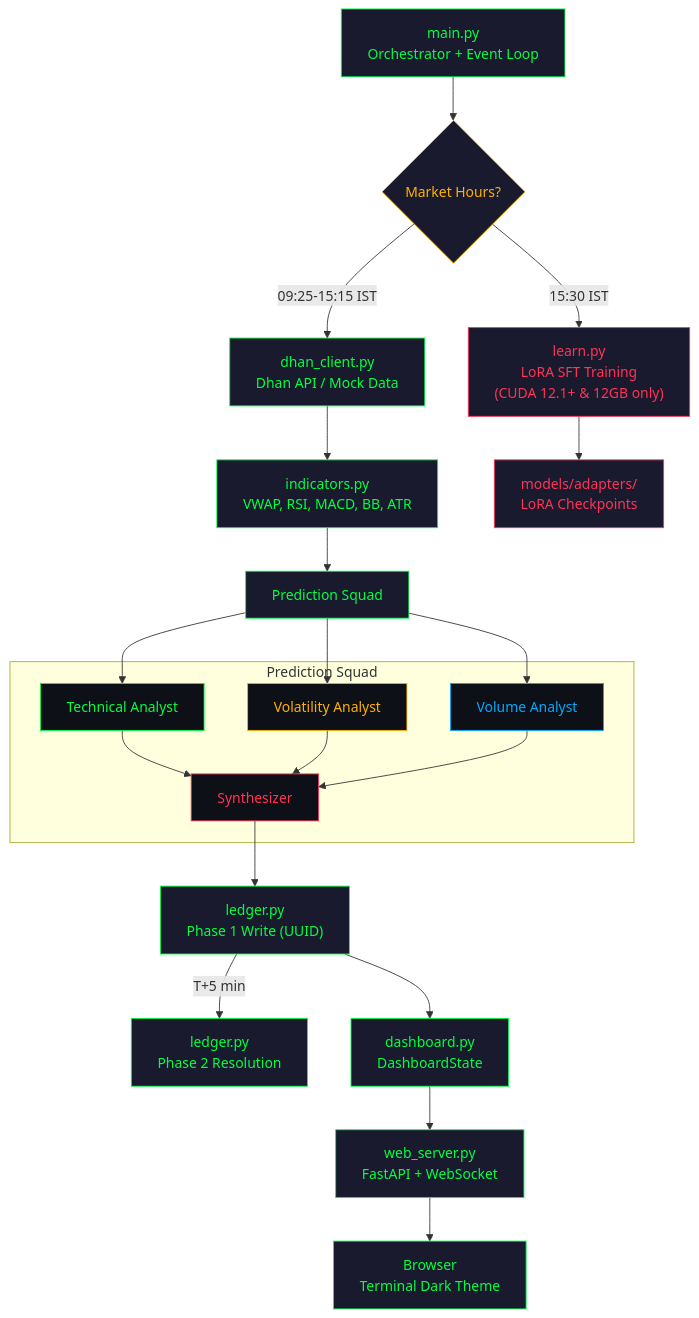
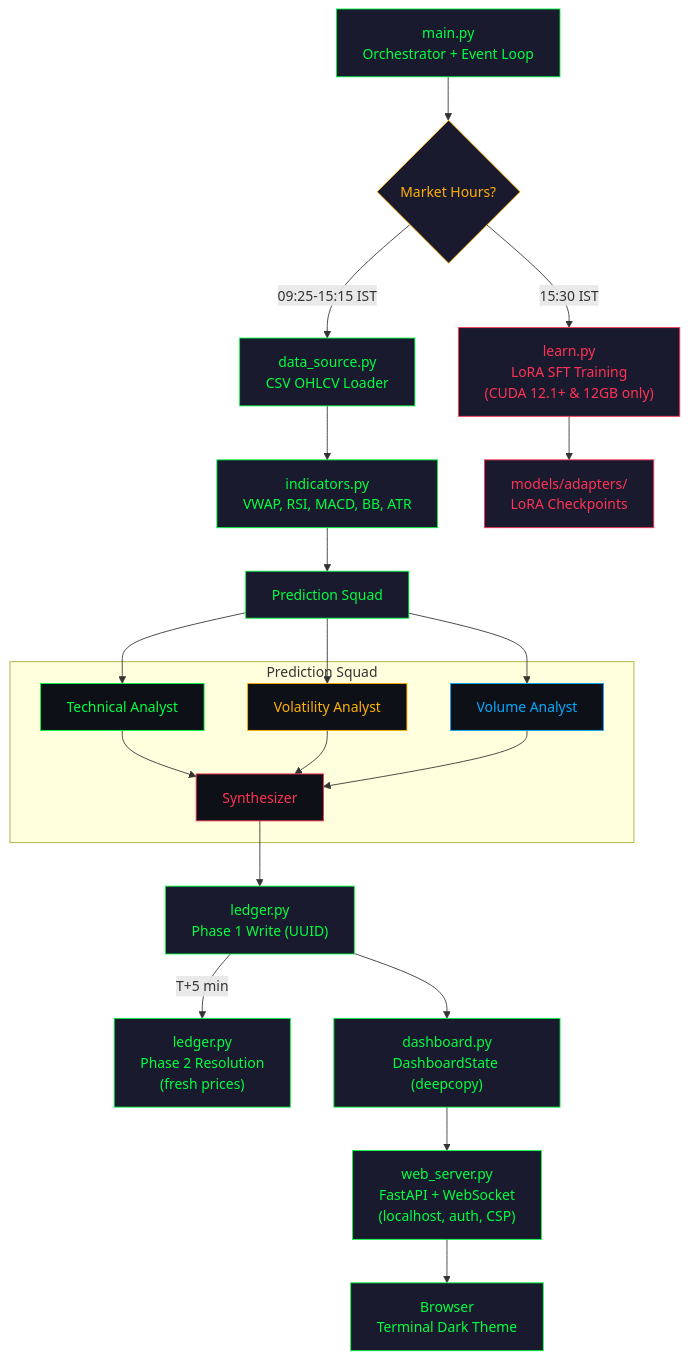
One commit to p04pranav/Agent-NEE-FinAI changed the diagram in README.md. Above: the diagram before and after it, drawn with Mermaid. The commit also changed other lines of this file and 41 other files, not shown here.

````diff
--- a/README.md
+++ b/README.md
@@ -103,48 +104,48 @@
 ```mermaid
 flowchart TD
     A["main.py<br/>Orchestrator + Event Loop"] --> B{"Market Hours?"}
-    B -->|"09:25-15:15 IST"| C["dhan_client.py<br/>Dhan API / Mock Data"]
+    B -->|"09:25-15:15 IST"| C["data_source.py<br/>CSV OHLCV Loader"]
     B -->|"15:30 IST"| D["learn.py<br/>LoRA SFT Training<br/>(CUDA 12.1+ & 12GB only)"]
 
     C --> E["indicators.py<br/>VWAP, RSI, MACD, BB, ATR"]
     E --> F["Prediction Squad"]
 
     subgraph agents ["Prediction Squad"]
         G["Technical Analyst"]
         H["Volatility Analyst"]
         I["Volume Analyst"]
         J["Synthesizer"]
         G --> J
         H --> J
         I --> J
     end
 
     F --> G
     F --> H
     F --> I
 
     J --> K["ledger.py<br/>Phase 1 Write (UUID)"]
-    K -->|"T+5 min"| L["ledger.py<br/>Phase 2 Resolution"]
-    K --> M["dashboard.py<br/>DashboardState"]
-    M --> N["web_server.py<br/>FastAPI + WebSocket"]
+    K -->|"T+5 min"| L["ledger.py<br/>Phase 2 Resolution<br/>(fresh prices)"]
+    K --> M["dashboard.py<br/>DashboardState (deepcopy)"]
+    M --> N["web_server.py<br/>FastAPI + WebSocket<br/>(localhost, auth, CSP)"]
     N --> O["Browser<br/>Terminal Dark Theme"]
 
     D --> P["models/adapters/<br/>LoRA Checkpoints"]
 
     style A fill:#1a1a2e,stroke:#00ff41,color:#00ff41
     style B fill:#1a1a2e,stroke:#ffb000,color:#ffb000
     style C fill:#1a1a2e,stroke:#00ff41,color:#00ff41
     style D fill:#1a1a2e,stroke:#ff3355,color:#ff3355
     style E fill:#1a1a2e,stroke:#00ff41,color:#00ff41
     style F fill:#1a1a2e,stroke:#00ff41,color:#00ff41
     style K fill:#1a1a2e,stroke:#00ff41,color:#00ff41
     style L fill:#1a1a2e,stroke:#00ff41,color:#00ff41
     style M fill:#1a1a2e,stroke:#00ff41,color:#00ff41
     style N fill:#1a1a2e,stroke:#00ff41,color:#00ff41
     style O fill:#1a1a2e,stroke:#00ff41,color:#00ff41
     style P fill:#1a1a2e,stroke:#ff3355,color:#ff3355
     style G fill:#0d1117,stroke:#00ff41,color:#00ff41
     style H fill:#0d1117,stroke:#ffb000,color:#ffb000
     style I fill:#0d1117,stroke:#00aaff,color:#00aaff
     style J fill:#0d1117,stroke:#ff3355,color:#ff3355
 ```
````
